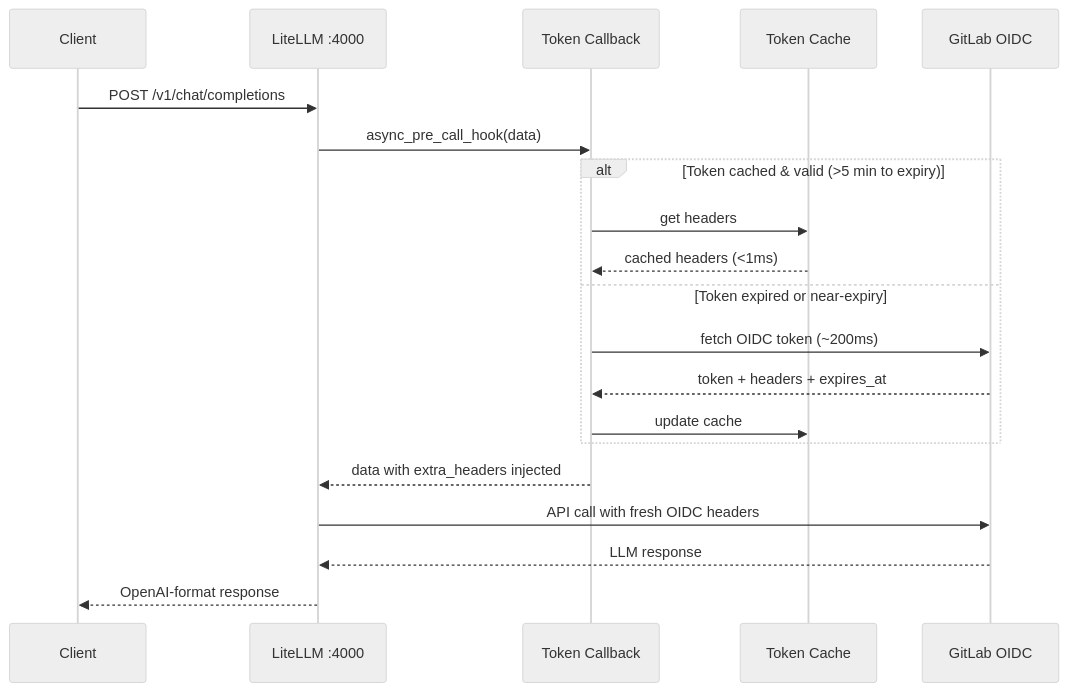
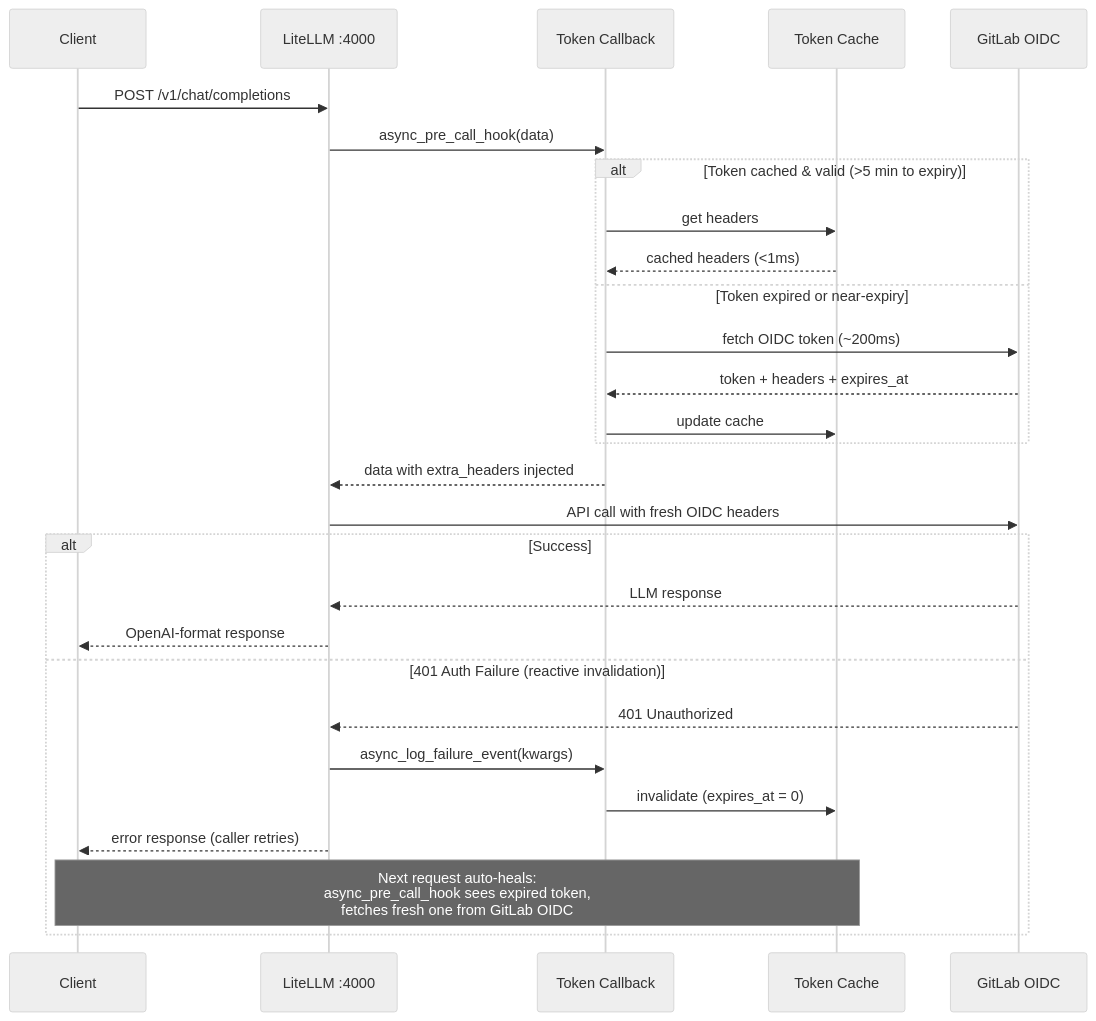
Before and after one commit to nano-step/llm-proxy: the second of 2 diagrams in README.md, drawn with Mermaid (neutral theme). The commit also changed other lines of this file, not shown here.

Commit message:
docs: update README with reactive 401 token invalidation

````diff
--- a/README.md
+++ b/README.md
@@ -37,25 +37,34 @@
 ```mermaid
 sequenceDiagram
     participant C as Client
     participant L as LiteLLM :4000
     participant CB as Token Callback
     participant Cache as Token Cache
     participant GL as GitLab OIDC
 
     C->>L: POST /v1/chat/completions
     L->>CB: async_pre_call_hook(data)
 
     alt Token cached & valid (>5 min to expiry)
         CB->>Cache: get headers
         Cache-->>CB: cached headers (<1ms)
     else Token expired or near-expiry
         CB->>GL: fetch OIDC token (~200ms)
         GL-->>CB: token + headers + expires_at
         CB->>Cache: update cache
     end
 
     CB-->>L: data with extra_headers injected
     L->>GL: API call with fresh OIDC headers
-    GL-->>L: LLM response
-    L-->>C: OpenAI-format response
+
+    alt Success
+        GL-->>L: LLM response
+        L-->>C: OpenAI-format response
+    else 401 Auth Failure (reactive invalidation)
+        GL-->>L: 401 Unauthorized
+        L->>CB: async_log_failure_event(kwargs)
+        CB->>Cache: invalidate (expires_at = 0)
+        L-->>C: error response (caller retries)
+        Note over C,Cache: Next request auto-heals:<br/>async_pre_call_hook sees expired token,<br/>fetches fresh one from GitLab OIDC
+    end
 ```
````
